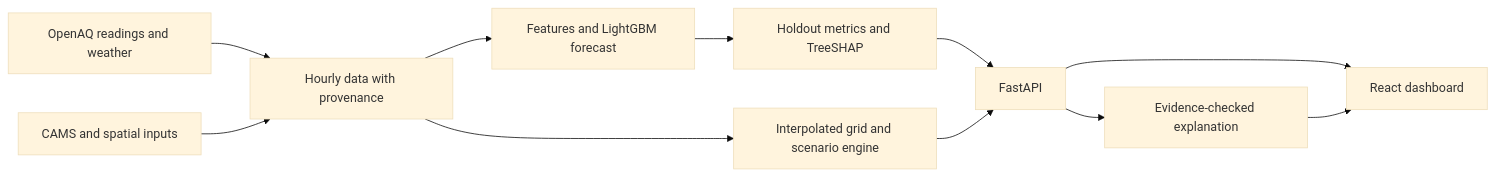
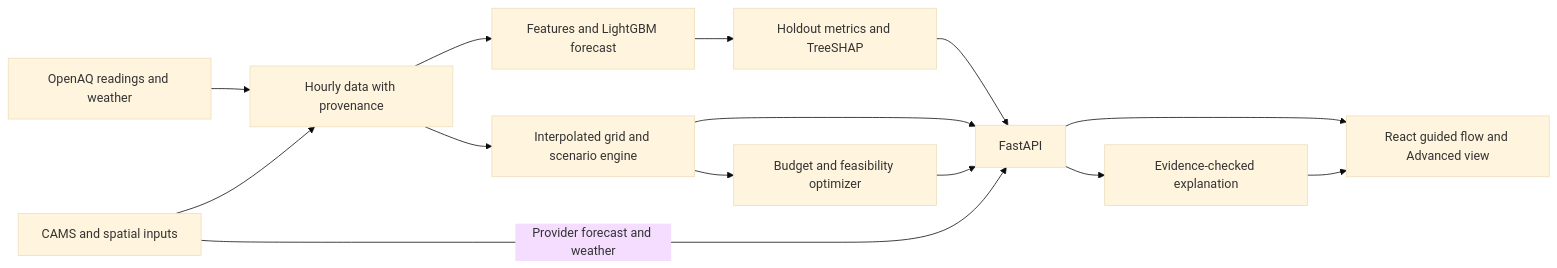
One commit to RajvardhanPatil07/AirTwin changed the diagram in README.md. Above: the diagram before and after it, drawn with Mermaid (base theme). The commit also changed other lines of this file and 1 other file, not shown here.

Commit message:
Update project READMEs for connected guided experience

````diff
--- a/README.md
+++ b/README.md
@@ -92,13 +129,16 @@
 ```mermaid
 flowchart LR
   A[OpenAQ readings and weather] --> B[Hourly data with provenance]
   C[CAMS and spatial inputs] --> B
+  C -->|Provider forecast and weather| G[FastAPI]
   B --> D[Features and LightGBM forecast]
   D --> E[Holdout metrics and TreeSHAP]
   B --> F[Interpolated grid and scenario engine]
-  E --> G[FastAPI]
+  E --> G
   F --> G
-  G --> H[React dashboard]
+  F --> P[Budget and feasibility optimizer]
+  P --> G
+  G --> H[React guided flow and Advanced view]
   G --> I[Evidence-checked explanation]
   I --> H
 ```
````
